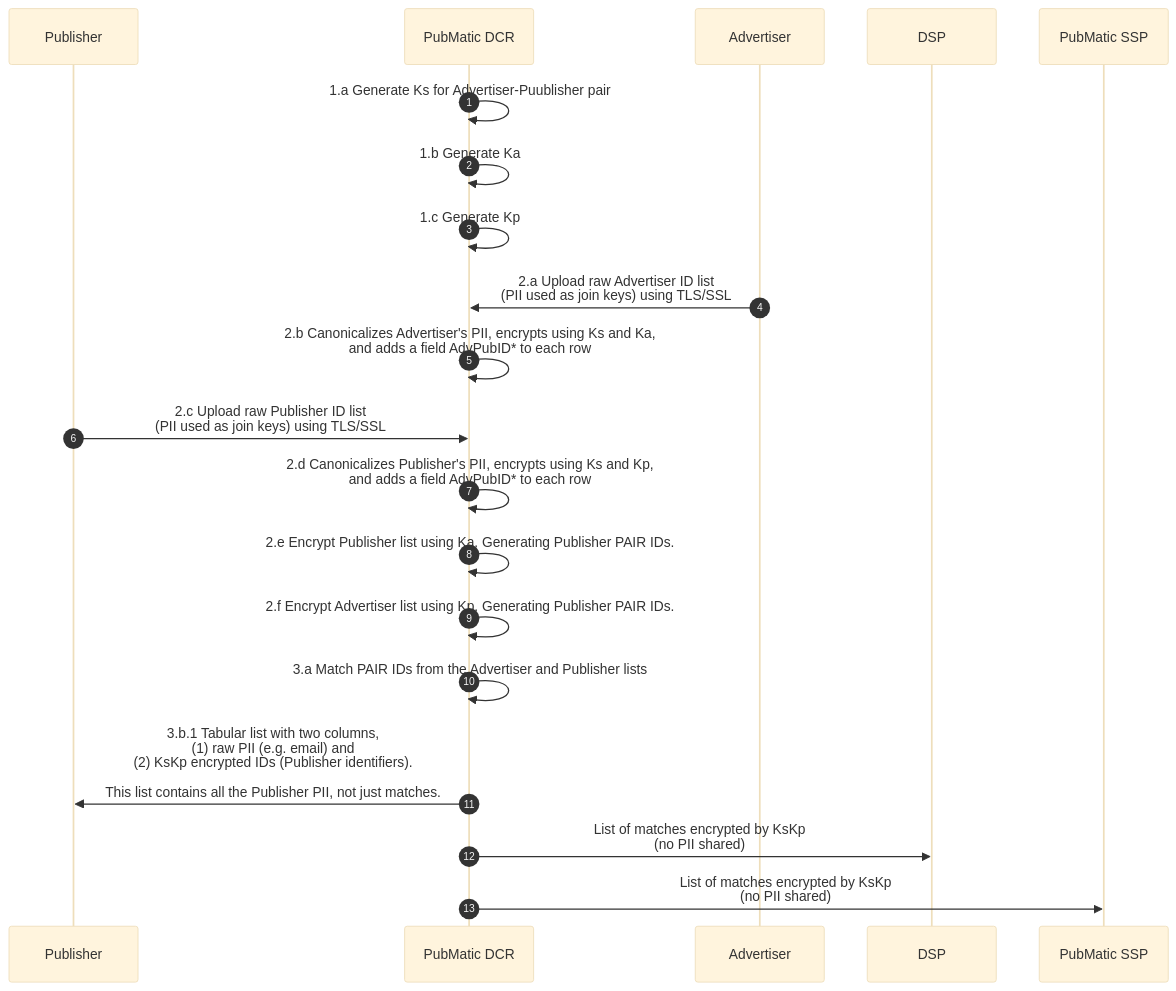
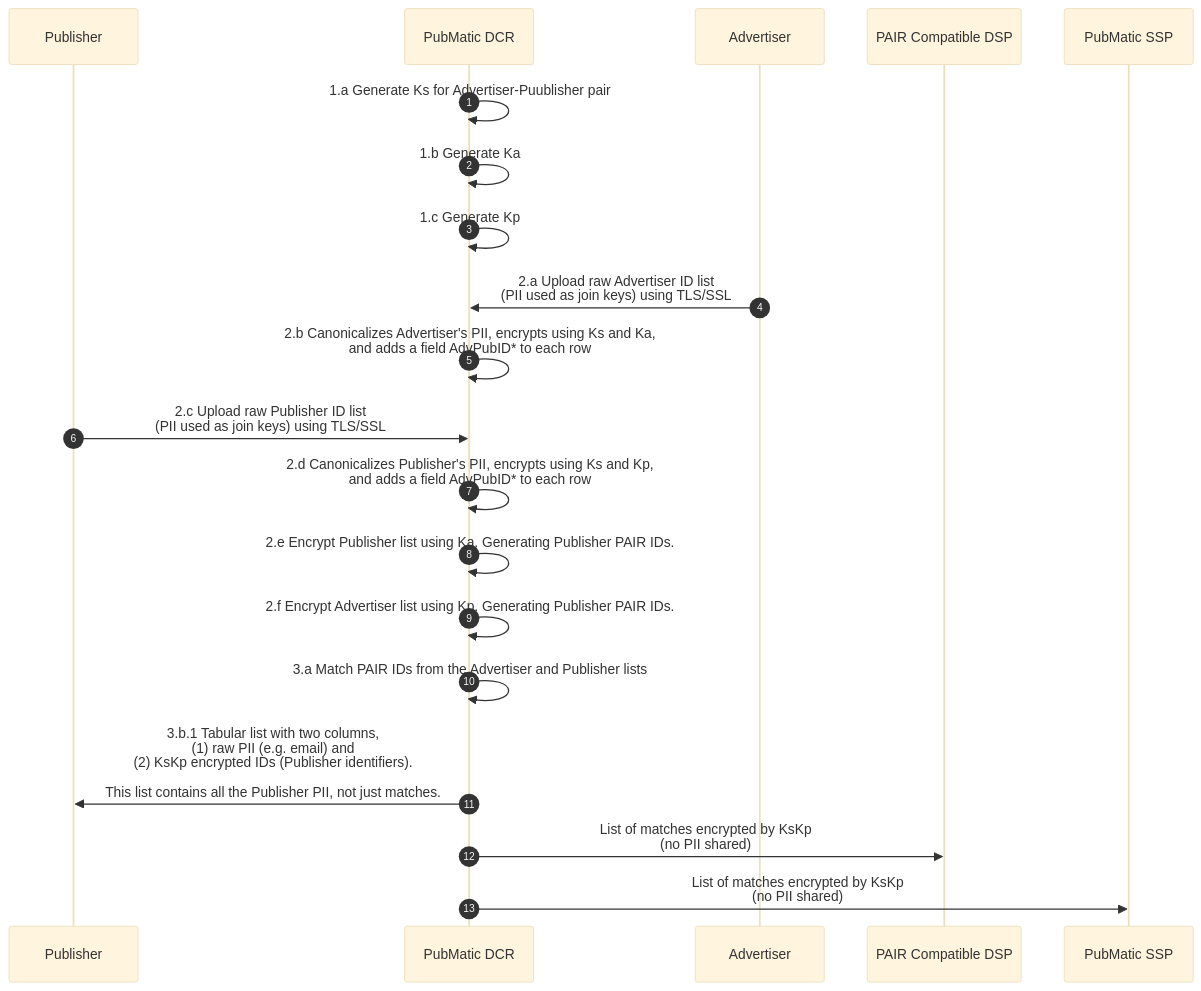
Before and after one commit to pm-harshad-mane/Diagrams: the diagram in PAIR/PubMatic_DCR_PAIR.md, drawn with Mermaid.

````diff
--- a/PAIR/PubMatic_DCR_PAIR.md
+++ b/PAIR/PubMatic_DCR_PAIR.md
@@ -1,28 +1,28 @@
 ```mermaid
 %%{init: {'theme': 'base', 'themeVariables': { 'participantBkgColor': '#f0f0f0', 'participantBorderColor': '#000000' }}}%%
 sequenceDiagram
 autoNumber
 participant Pub as Publisher
 participant DCR as PubMatic DCR
 participant Adv as Advertiser
-participant DSP
+participant DSP as PAIR Compatible DSP
 participant SSP as PubMatic SSP
 
 
 DCR->>DCR: 1.a Generate Ks for Advertiser-Puublisher pair
 DCR->>DCR: 1.b Generate Ka
 DCR->>DCR: 1.c Generate Kp
 
 Adv->>DCR: 2.a Upload raw Advertiser ID list <br/>(PII used as join keys) using TLS/SSL
 DCR->>DCR: 2.b Canonicalizes Advertiser's PII, encrypts using Ks and Ka,<br/> and adds a field AdvPubID* to each row
 Pub->>DCR: 2.c Upload raw Publisher ID list <br/>(PII used as join keys) using TLS/SSL
 DCR->>DCR: 2.d Canonicalizes Publisher's PII, encrypts using Ks and Kp,<br/> and adds a field AdvPubID* to each row
 DCR->>DCR: 2.e Encrypt Publisher list using Ka. Generating Publisher PAIR IDs.
 DCR->>DCR: 2.f Encrypt Advertiser list using Kp. Generating Publisher PAIR IDs.
 
 DCR->>DCR: 3.a Match PAIR IDs from the Advertiser and Publisher lists
 DCR->>Pub: 3.b.1 Tabular list with two columns, <br/>(1) raw PII (e.g. email) and <br/>(2) KsKp encrypted IDs (Publisher identifiers).<br/><br/>This list contains all the Publisher PII, not just matches.
 DCR->>DSP: List of matches encrypted by KsKp <br/>(no PII shared)
 DCR->>SSP: List of matches encrypted by KsKp <br/>(no PII shared)
 
 ```
````
